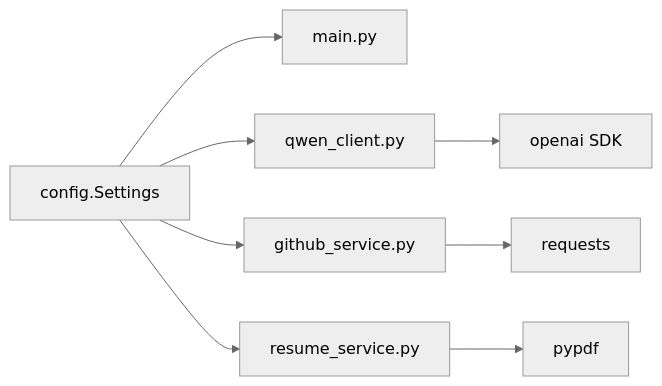
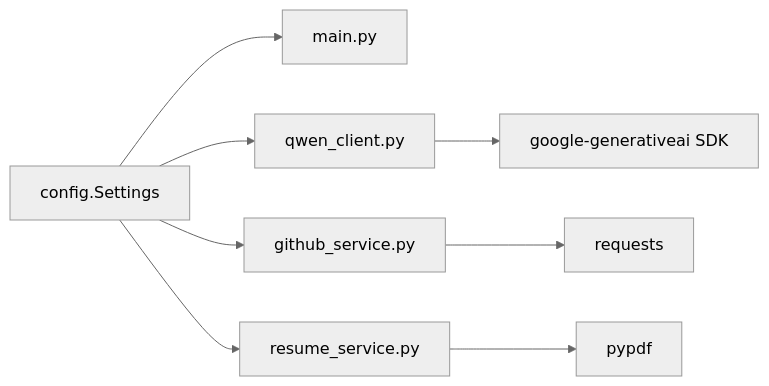
One commit to waqarimran342/CareerOS-AI changed the sixth of 6 diagrams in .qoder/repowiki/en/content/External Integrations/Configuration Management.md. Above: the diagram before and after it, drawn with Mermaid (neutral theme). The commit also changed other lines of this file and 32 other files, not shown here.

````diff
--- a/.qoder/repowiki/en/content/External Integrations/Configuration Management.md
+++ b/.qoder/repowiki/en/content/External Integrations/Configuration Management.md
@@ -257,10 +260,10 @@
 ```mermaid
 graph LR
 CFG["config.Settings"] --> MAIN["main.py"]
-CFG --> QWEN["qwen_client.py"]
+CFG --> GEMINI["qwen_client.py"]
 CFG --> GH["github_service.py"]
 CFG --> RES["resume_service.py"]
-QWEN --> EXT1["openai SDK"]
+GEMINI --> EXT1["google-generativeai SDK"]
 GH --> EXT2["requests"]
 RES --> EXT3["pypdf"]
 ```
````
